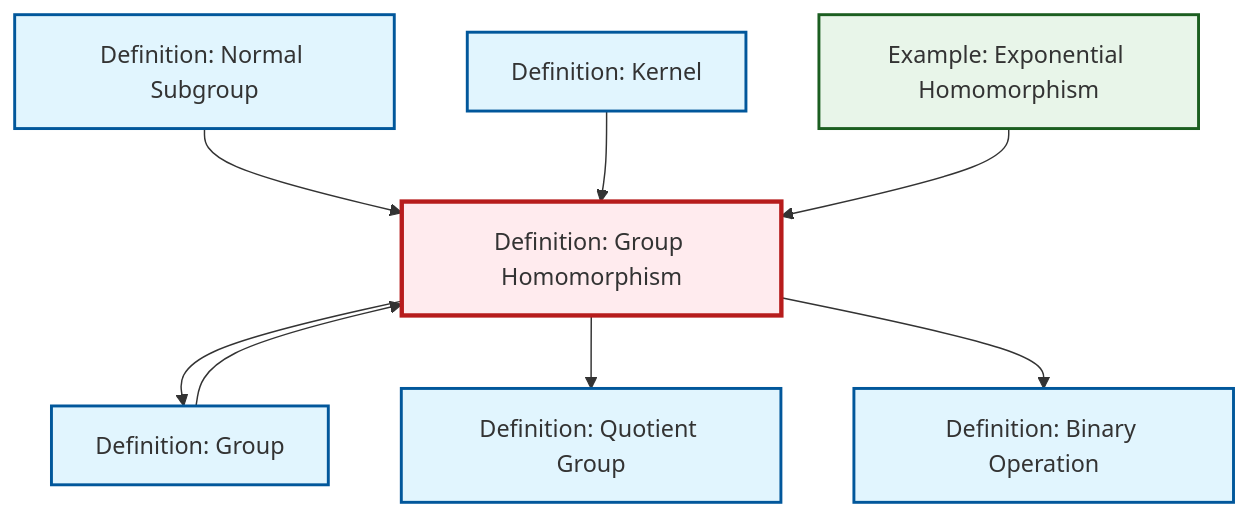
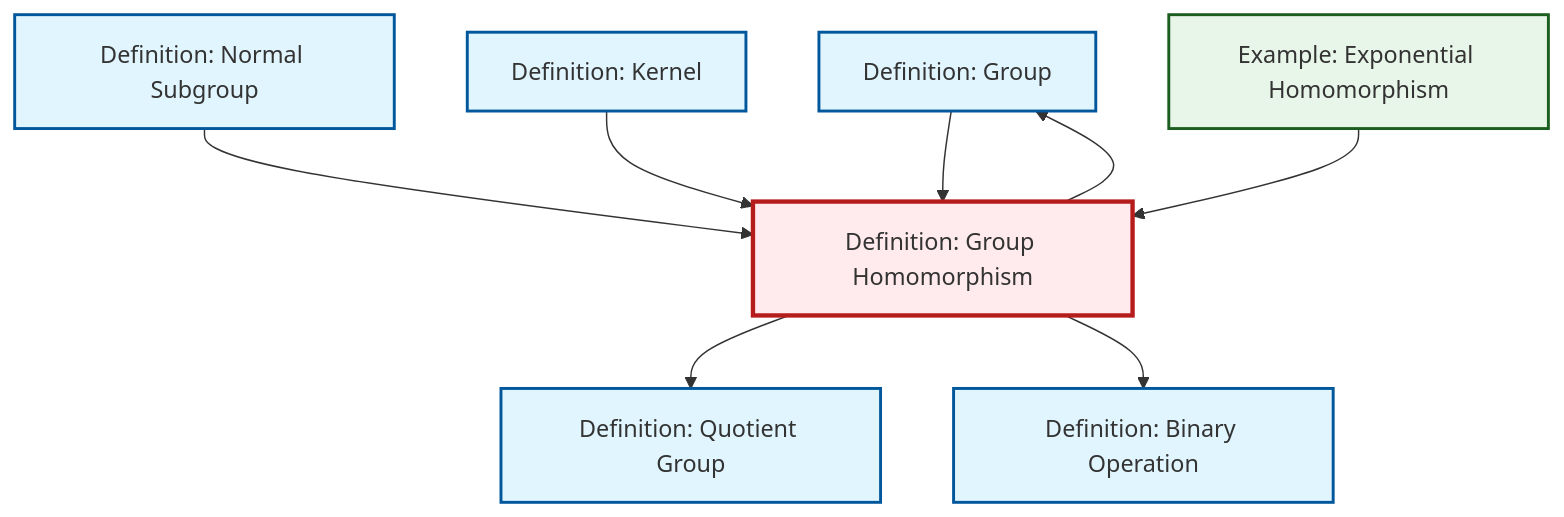
Before and after one commit to RK0429/ModernMath: the diagram in content/ja/algebra/def-homomorphism.qmd, drawn with Mermaid. The commit also changed other lines of this file and 434 other files, not shown here.

````diff
--- a/content/ja/algebra/def-homomorphism.qmd
+++ b/content/ja/algebra/def-homomorphism.qmd
@@ -65,30 +65,30 @@
 ```{mermaid}
 %%| fig-cap: "Local dependency graph"
 graph TD
     classDef definition fill:#e1f5fe,stroke:#01579b,stroke-width:2px
     classDef theorem fill:#f3e5f5,stroke:#4a148c,stroke-width:2px
     classDef axiom fill:#fff3e0,stroke:#e65100,stroke-width:2px
     classDef example fill:#e8f5e9,stroke:#1b5e20,stroke-width:2px
     classDef current fill:#ffebee,stroke:#b71c1c,stroke-width:3px
+    def-group["Definition: Group"]:::definition
+    def-homomorphism["Definition: Group Homomorphism"]:::definition
+    def-binary-operation["Definition: Binary Operation"]:::definition
     def-kernel["Definition: Kernel"]:::definition
-    def-homomorphism["Definition: Group Homomorphism"]:::definition
     def-normal-subgroup["Definition: Normal Subgroup"]:::definition
-    def-binary-operation["Definition: Binary Operation"]:::definition
+    def-quotient-group["Definition: Quotient Group"]:::definition
     ex-exponential-homomorphism["Example: Exponential Homomorphism"]:::example
-    def-quotient-group["Definition: Quotient Group"]:::definition
-    def-group["Definition: Group"]:::definition
     def-normal-subgroup --> def-homomorphism
-    def-homomorphism --> def-group
-    def-kernel --> def-homomorphism
-    ex-exponential-homomorphism --> def-homomorphism
     def-homomorphism --> def-quotient-group
     def-group --> def-homomorphism
+    def-kernel --> def-homomorphism
     def-homomorphism --> def-binary-operation
+    ex-exponential-homomorphism --> def-homomorphism
+    def-homomorphism --> def-group
     class def-homomorphism current
+    click def-group "def-group.html" "Definition: Groupへ"
+    click def-binary-operation "def-binary-operation.html" "Definition: Binary Operationへ"
     click def-kernel "def-kernel.html" "Definition: Kernelへ"
     click def-normal-subgroup "def-normal-subgroup.html" "Definition: Normal Subgroupへ"
-    click def-binary-operation "def-binary-operation.html" "Definition: Binary Operationへ"
+    click def-quotient-group "def-quotient-group.html" "Definition: Quotient Groupへ"
     click ex-exponential-homomorphism "ex-exponential-homomorphism.html" "Example: Exponential Homomorphismへ"
-    click def-quotient-group "def-quotient-group.html" "Definition: Quotient Groupへ"
-    click def-group "def-group.html" "Definition: Groupへ"
 ```
````
